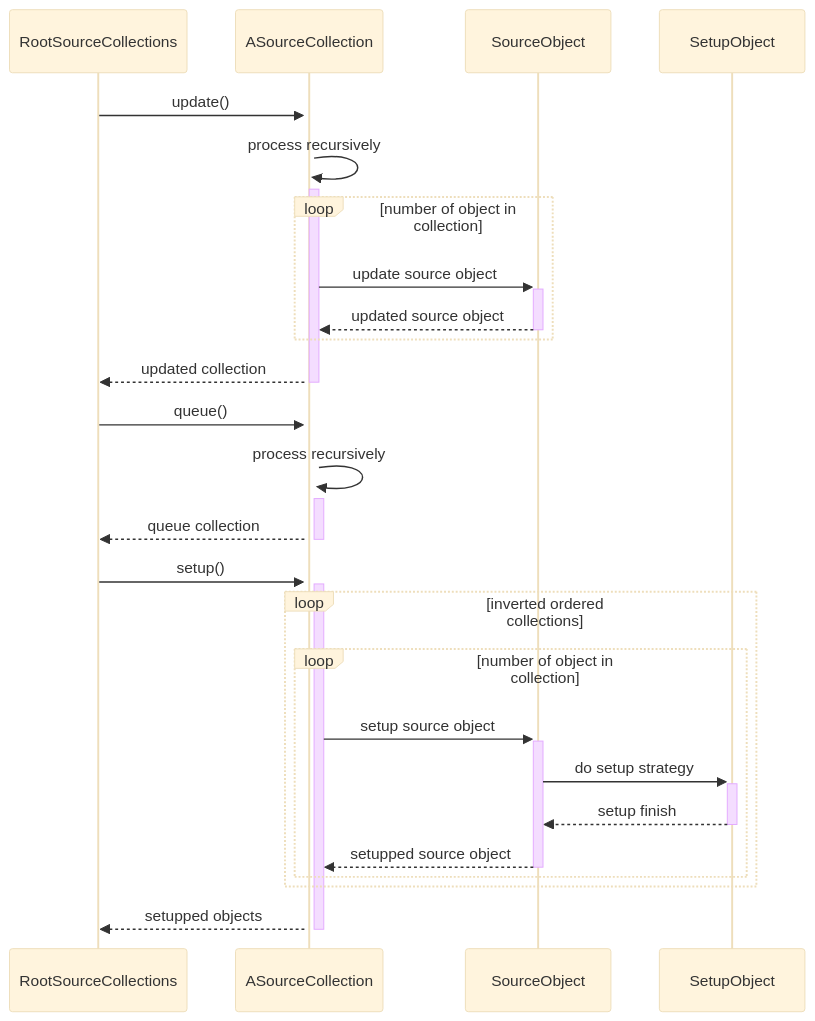
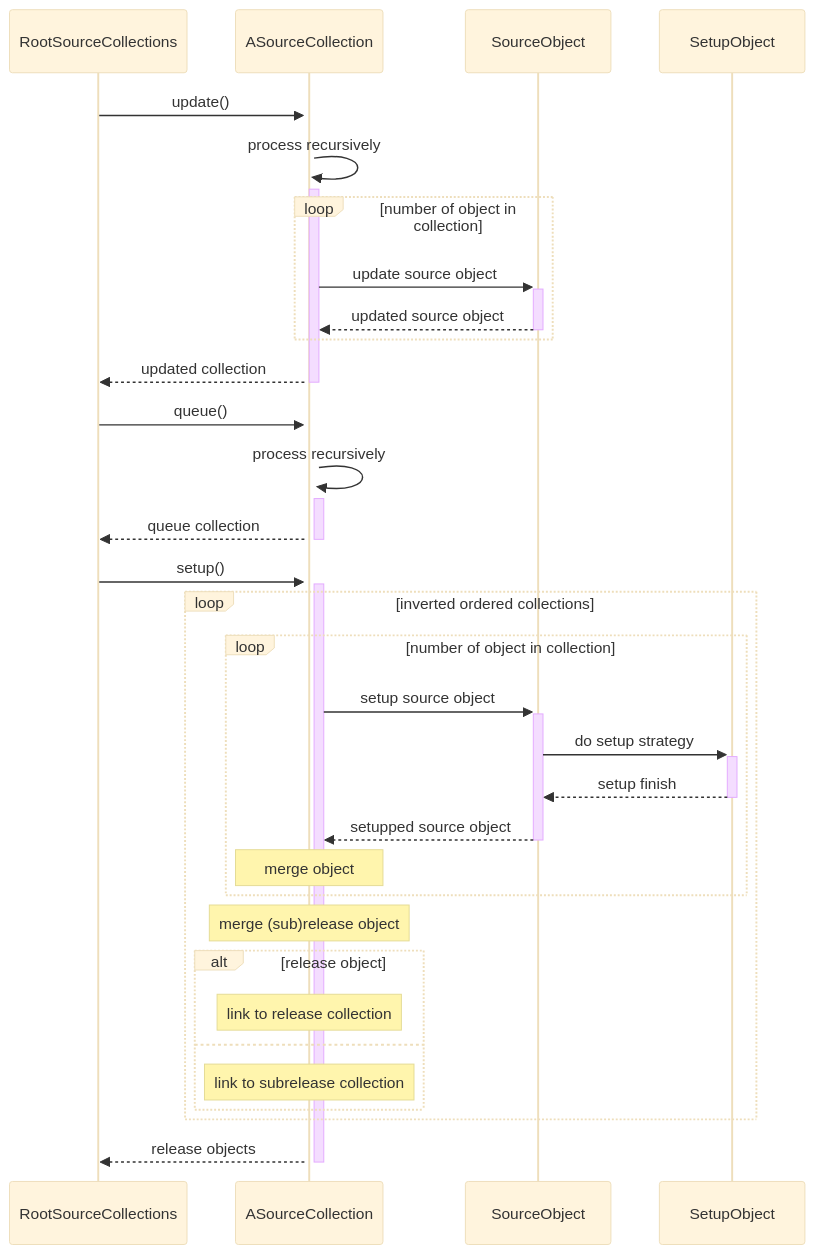
One commit to SyureOjisan/wm_setup_tools changed the diagram in uml/wmsu_sequence(refactoring_2024).md. Above: the diagram before and after it, drawn with Mermaid (base theme).

Commit message:
[issue #17]Refactoring 2024 (daily commit)

````diff
--- a/uml/wmsu_sequence(refactoring_2024).md
+++ b/uml/wmsu_sequence(refactoring_2024).md
@@ -1,29 +1,36 @@
 ```mermaid
     sequenceDiagram
     participant roots as RootSourceCollections
     participant src as ASourceCollection
     participant srcobj as SourceObject
     participant suobj as SetupObject
     roots ->>+ src: update()
     src ->>+ src: process recursively
     loop number of object in collection
         src ->>+ srcobj: update source object
         srcobj -->>- src: updated source object
     end
     src -->>- roots : updated collection
 
     roots ->>+ src: queue()
     src ->>+ src: process recursively
     src -->>- roots : queue collection
 
     roots ->>+ src: setup()
     loop inverted ordered collections
         loop number of object in collection
             src ->>+ srcobj: setup source object
             srcobj ->>+ suobj: do setup strategy
             suobj -->>- srcobj: setup finish
-            srcobj -->>- src: setupped source object
+            srcobj -->>- src: setupped source object            
+            Note over src: merge object
+        end
+        Note over src: merge (sub)release object
+        alt release object
+            Note over src: link to release collection
+        else
+            Note over src: link to subrelease collection
         end
     end
-    src -->>- roots : setupped objects
+    src -->>- roots : release objects
 ```
````
